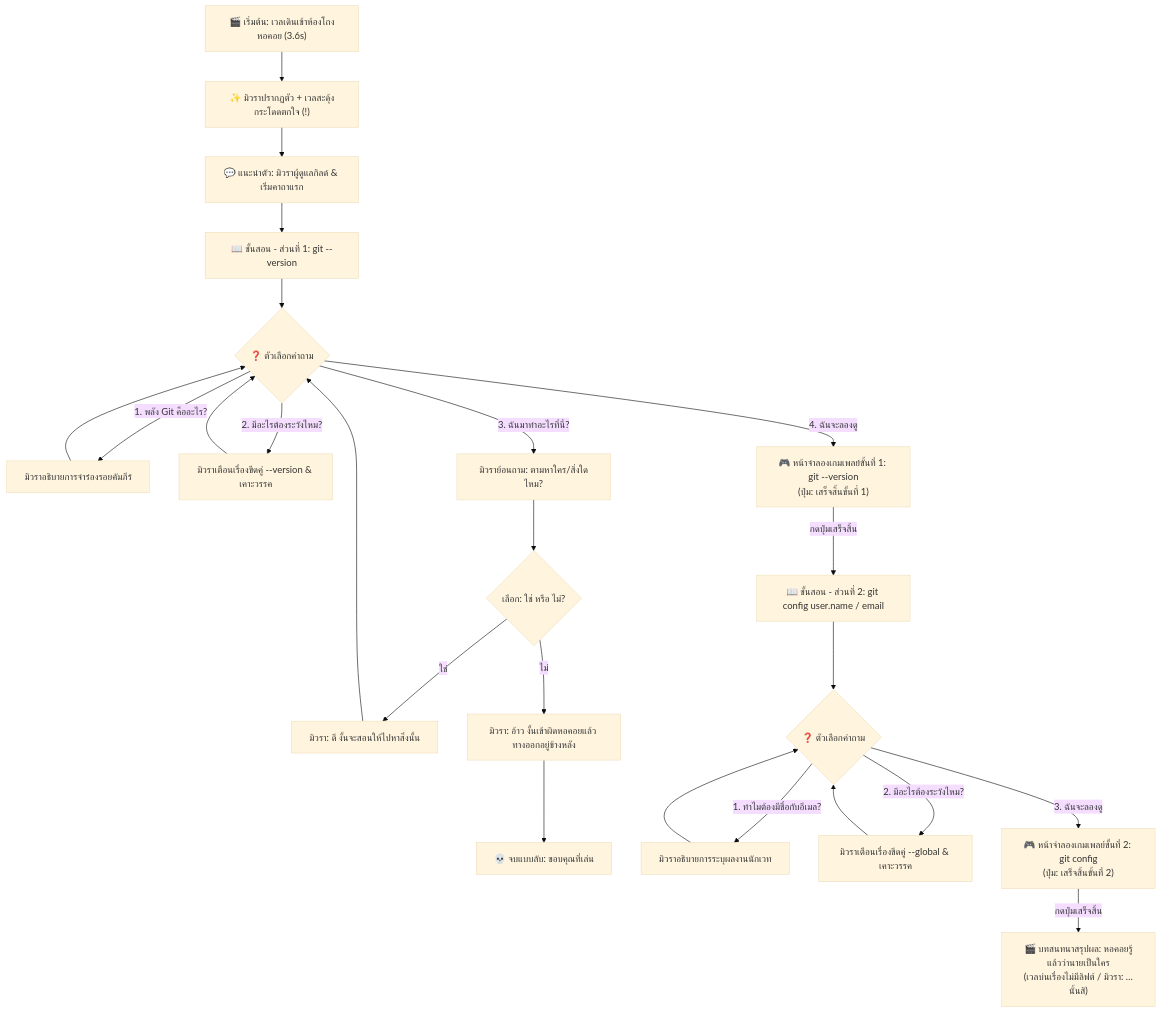
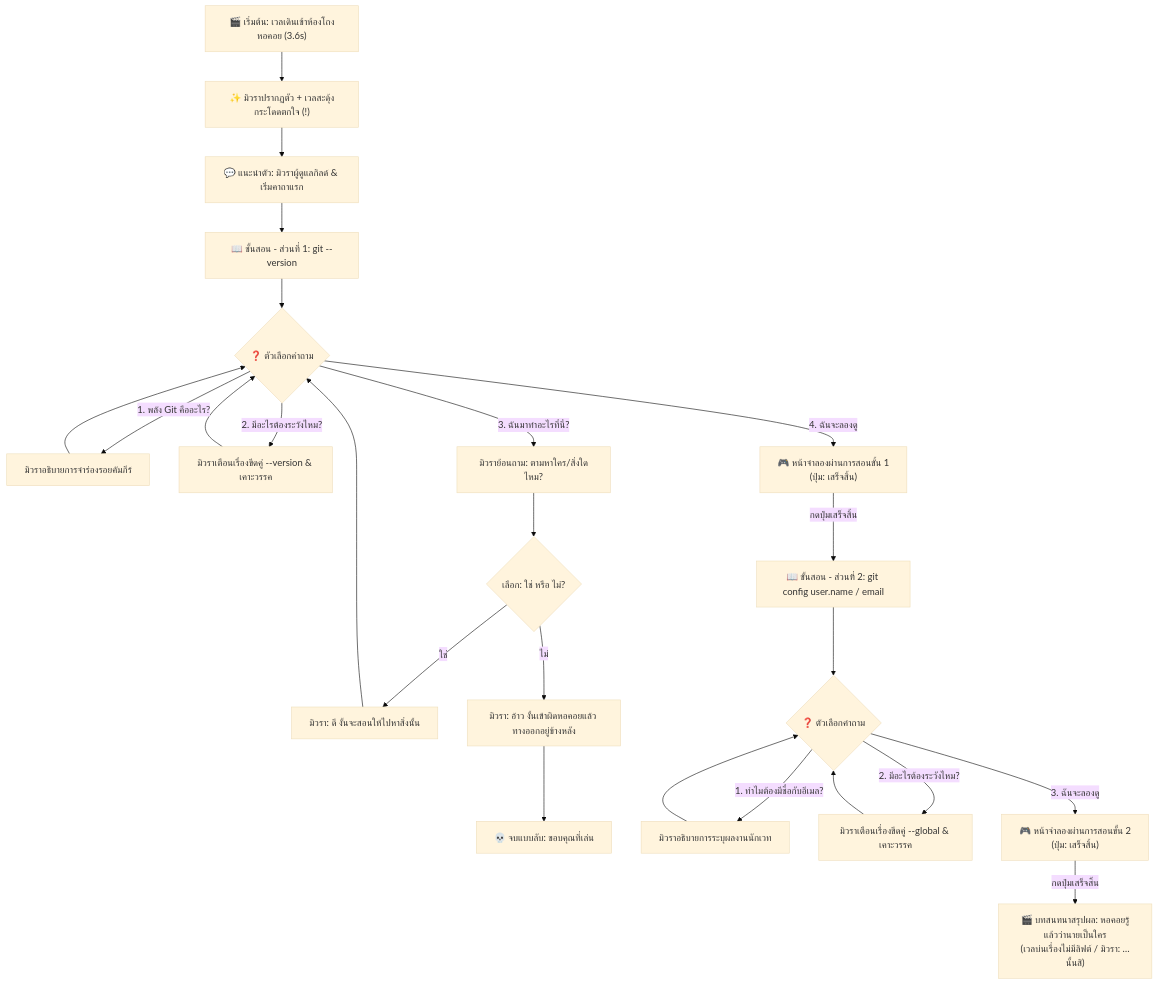
One commit to PetchAuisui/Demo-Game-Git-Diwaa changed the diagram in docs/inside-tower-cutscene.md. Above: the diagram before and after it, drawn with Mermaid (base theme). The commit also changed other lines of this file and 3 other files, not shown here.

````diff
--- a/docs/inside-tower-cutscene.md
+++ b/docs/inside-tower-cutscene.md
@@ -9,25 +9,25 @@
 ```mermaid
 flowchart TD
     Start["🎬 เริ่มต้น: เวลเดินเข้าห้องโถงหอคอย (3.6s)"] --> MewlaWarp["✨ มิวราปรากฏตัว + เวลสะดุ้งกระโดดตกใจ (!)"]
     MewlaWarp --> IntroTalk["💬 แนะนำตัว: มิวราผู้ดูแลกิลด์ & เริ่มคาถาแรก"]
     
     IntroTalk --> Teach1["📖 ขั้นสอน - ส่วนที่ 1: git --version"]
     Teach1 --> Choice1{"❓ ตัวเลือกคำถาม"}
     
     Choice1 -->|"1. พลัง Git คืออะไร?"| Ans1_1["มิวราอธิบายการจำร่องรอยคัมภีร์"] --> Choice1
     Choice1 -->|"2. มีอะไรต้องระวังไหม?"| Ans1_2["มิวราเตือนเรื่องขีดคู่ --version & เคาะวรรค"] --> Choice1
     Choice1 -->|"3. ฉันมาทำอะไรที่นี่?"| Ans1_3["มิวราย้อนถาม: ตามหาใคร/สิ่งใดไหม?"]
     Ans1_3 --> SubChoice{"เลือก: ใช่ หรือ ไม่?"}
     SubChoice -->|"ใช่"| AnsSubYes["มิวรา: ดี งั้นจะสอนให้ไปหาสิ่งนั้น"] --> Choice1
     SubChoice -->|"ไม่"| AnsSubNo["มิวรา: อ้าว งั้นเข้าผิดหอคอยแล้ว ทางออกอยู่ข้างหลัง"] --> BadEnd["💀 จบแบบลับ: ขอบคุณที่เล่น"]
     
-    Choice1 -->|"4. ฉันจะลองดู"| PlayStep1["🎮 หน้าจำลองเกมเพลย์ขั้นที่ 1: git --version\n(ปุ่ม: เสร็จสิ้นขั้นที่ 1)"]
+    Choice1 -->|"4. ฉันจะลองดู"| PlayStep1["🎮 หน้าจำลองผ่านการสอนขั้น 1\n(ปุ่ม: เสร็จสิ้น)"]
     PlayStep1 -->|"กดปุ่มเสร็จสิ้น"| Teach2["📖 ขั้นสอน - ส่วนที่ 2: git config user.name / email"]
     
     Teach2 --> Choice2{"❓ ตัวเลือกคำถาม"}
     
     Choice2 -->|"1. ทำไมต้องมีชื่อกับอีเมล?"| Ans2_1["มิวราอธิบายการระบุผลงานนักเวท"] --> Choice2
     Choice2 -->|"2. มีอะไรต้องระวังไหม?"| Ans2_2["มิวราเตือนเรื่องขีดคู่ --global & เคาะวรรค"] --> Choice2
-    Choice2 -->|"3. ฉันจะลองดู"| PlayStep2["🎮 หน้าจำลองเกมเพลย์ขั้นที่ 2: git config\n(ปุ่ม: เสร็จสิ้นขั้นที่ 2)"]
+    Choice2 -->|"3. ฉันจะลองดู"| PlayStep2["🎮 หน้าจำลองผ่านการสอนขั้น 2\n(ปุ่ม: เสร็จสิ้น)"]
     PlayStep2 -->|"กดปุ่มเสร็จสิ้น"| Outro["🎬 บทสนทนาสรุปผล: หอคอยรู้แล้วว่านายเป็นใคร\n(เวลบ่นเรื่องไม่มีลิฟต์ / มิวรา: …นั้นสิ)"]
 ```
````
